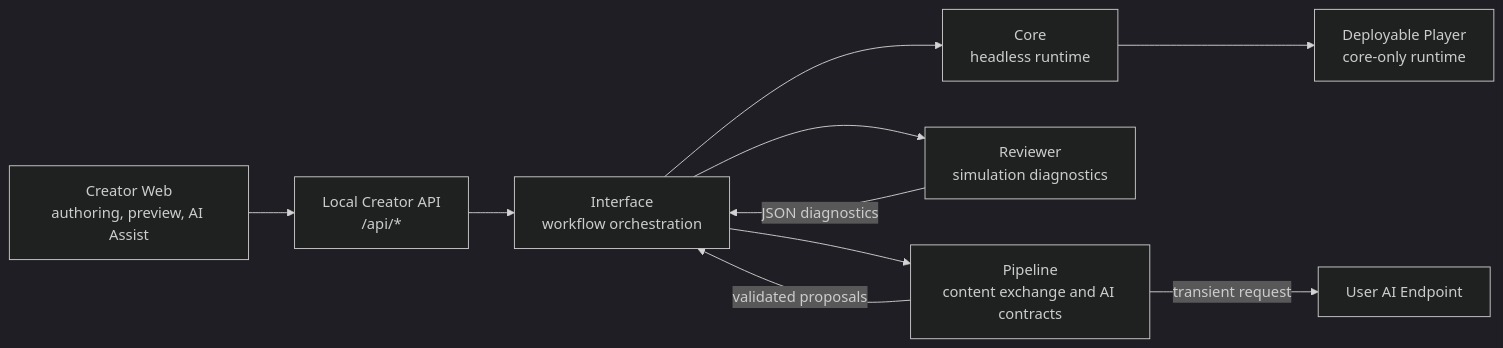
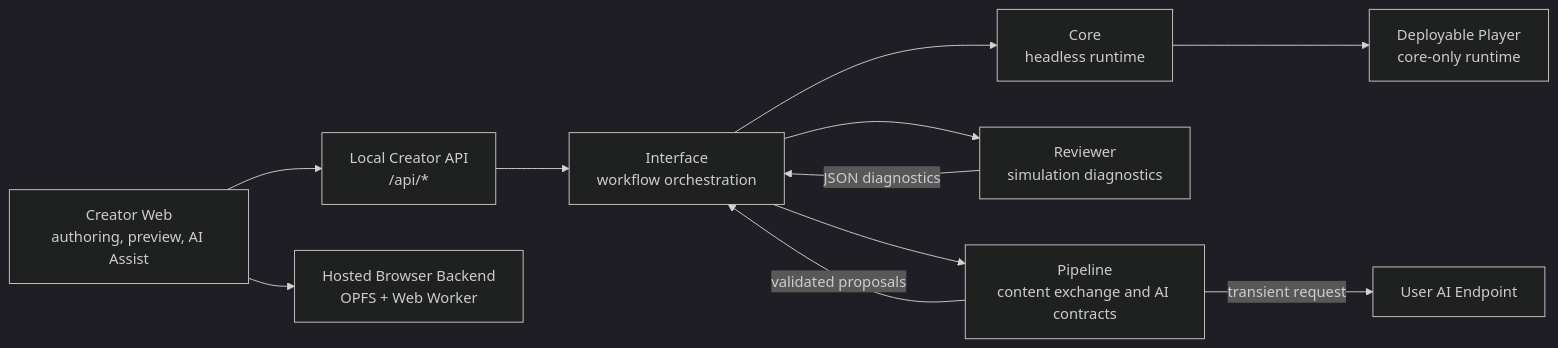
One commit to Sisyphe42/ReignsAgent changed the first of 2 diagrams in README_zh-CN.md. Above: the diagram before and after it, drawn with Mermaid (dark theme). The commit also changed other lines of this file and 2 other files, not shown here.

First line of the commit message:
docs: align hosted creator guidance

````diff
--- a/README_zh-CN.md
+++ b/README_zh-CN.md
@@ -110,21 +116,23 @@
 ```mermaid
 flowchart LR
   creator["Creator Web<br/>authoring, preview, AI Assist"]
   api["Local Creator API<br/>/api/*"]
   interface["Interface<br/>workflow orchestration"]
   pipeline["Pipeline<br/>content exchange and AI contracts"]
   reviewer["Reviewer<br/>simulation diagnostics"]
   core["Core<br/>headless runtime"]
   player["Deployable Player<br/>core-only runtime"]
   provider["User AI Endpoint"]
+  browserBackend["Hosted Browser Backend<br/>OPFS + Web Worker"]
 
   creator --> api
+  creator --> browserBackend
   api --> interface
   interface --> core
   interface --> reviewer
   interface --> pipeline
   pipeline -->|"transient request"| provider
   reviewer -->|"JSON diagnostics"| interface
   pipeline -->|"validated proposals"| interface
   core --> player
 ```
````
